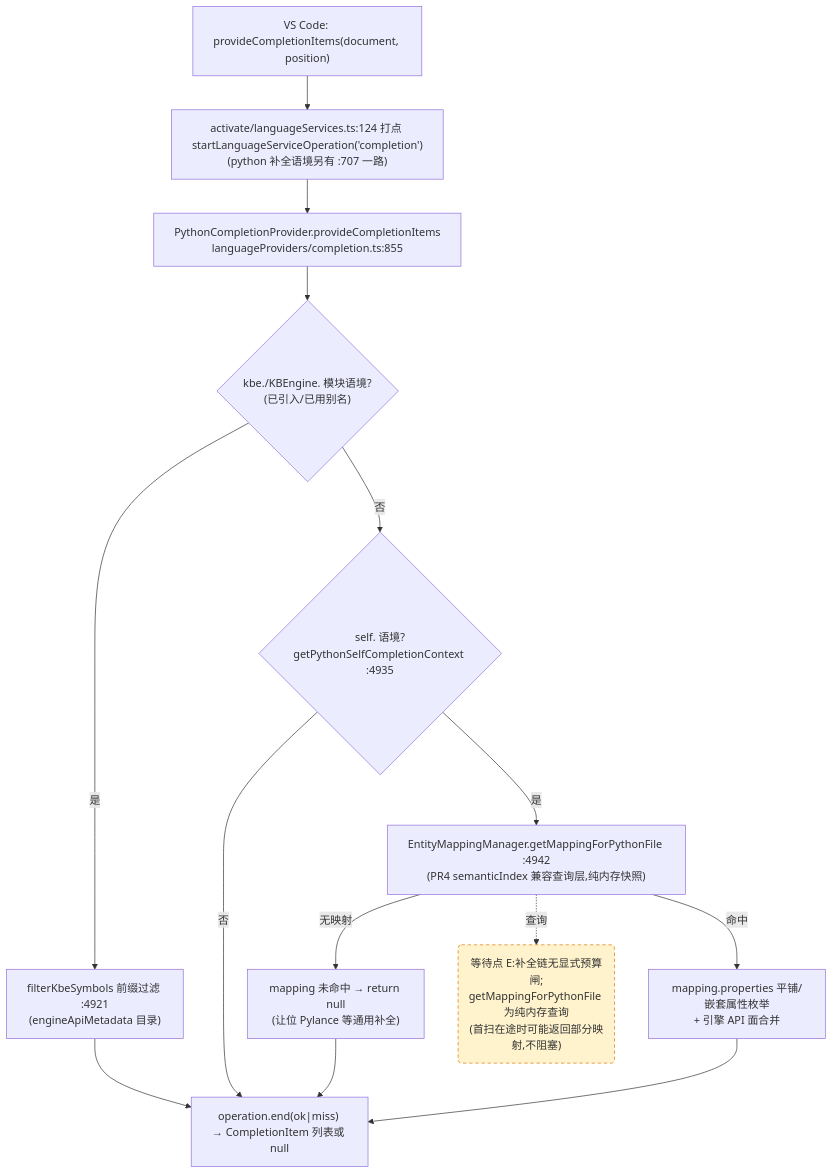
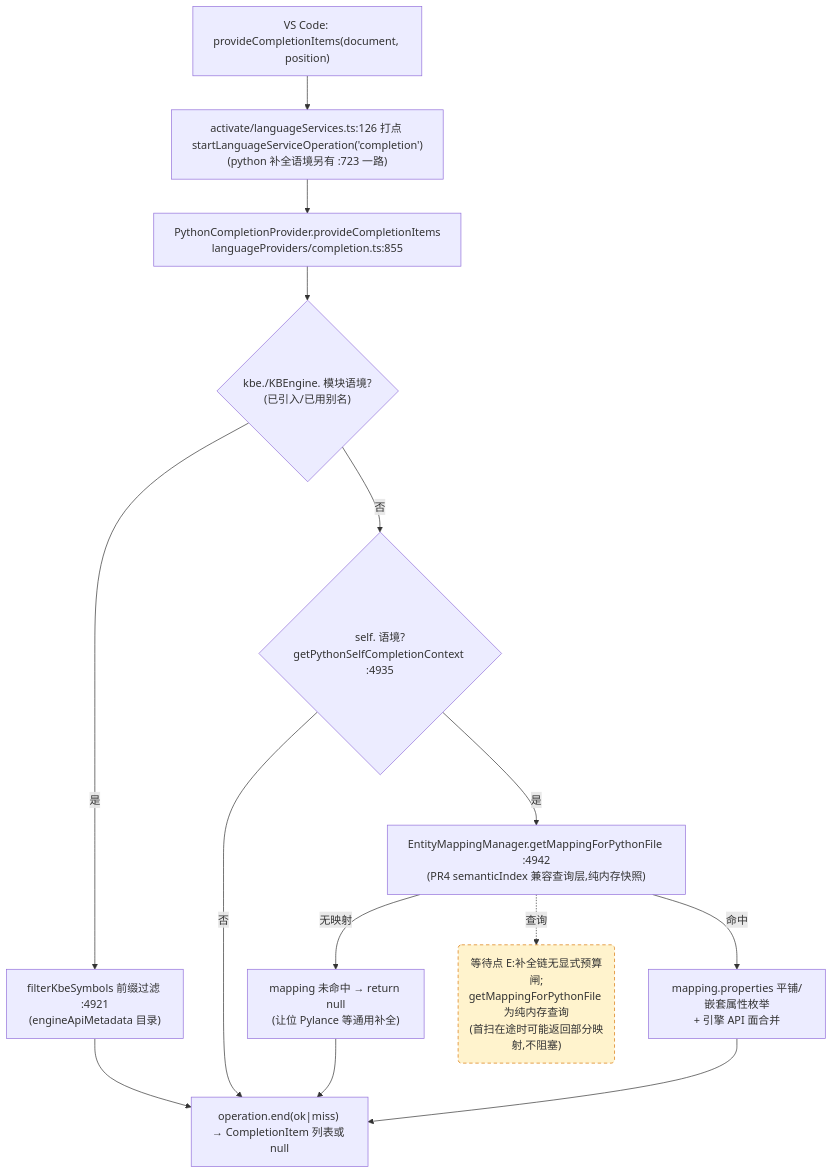
Before and after one commit to cuihairu/kode: the third of 4 diagrams in docs/perf/2026-baseline.md, drawn with Mermaid. The commit also changed other lines of this file and 19 other files, not shown here.

````diff
--- a/docs/perf/2026-baseline.md
+++ b/docs/perf/2026-baseline.md
@@ -189,27 +189,27 @@
 ```mermaid
 flowchart TD
   VC3["VS Code: provideCompletionItems(document, position)"]
-  M3["activate/languageServices.ts:124 打点 startLanguageServiceOperation('completion')<br/>(python 补全语境另有 :707 一路)"]
+  M3["activate/languageServices.ts:126 打点 startLanguageServiceOperation('completion')<br/>(python 补全语境另有 :723 一路)"]
   CP["PythonCompletionProvider.provideCompletionItems<br/>languageProviders/completion.ts:855"]
   KBEC{"kbe./KBEngine. 模块语境?<br/>(已引入/已用别名)"}
   FILTER["filterKbeSymbols 前缀过滤 :4921<br/>(engineApiMetadata 目录)"]
   SELFC{"self. 语境?<br/>getPythonSelfCompletionContext :4935"}
   MAP["EntityMappingManager.getMappingForPythonFile :4942<br/>(PR4 semanticIndex 兼容查询层,纯内存快照)"]
   NOMAP["mapping 未命中 → return null<br/>(让位 Pylance 等通用补全)"]
   PROPS["mapping.properties 平铺/嵌套属性枚举<br/>+ 引擎 API 面合并"]
   END3["operation.end(ok|miss) → CompletionItem 列表或 null"]
 
   VC3 --> M3 --> CP --> KBEC
   KBEC -- "是" --> FILTER --> END3
   KBEC -- "否" --> SELFC
   SELFC -- "否" --> END3
   SELFC -- "是" --> MAP
   MAP -- "无映射" --> NOMAP --> END3
   MAP -- "命中" --> PROPS --> END3
 
   WAITE("等待点 E:补全链无显式预算闸;<br/>getMappingForPythonFile 为纯内存查询<br/>(首扫在途时可能返回部分映射,不阻塞)")
   MAP -.->|查询| WAITE
 
   classDef waitPoint fill:#fff3cd,stroke:#d97706,stroke-dasharray:5 4;
   class WAITE waitPoint;
 ```
````
